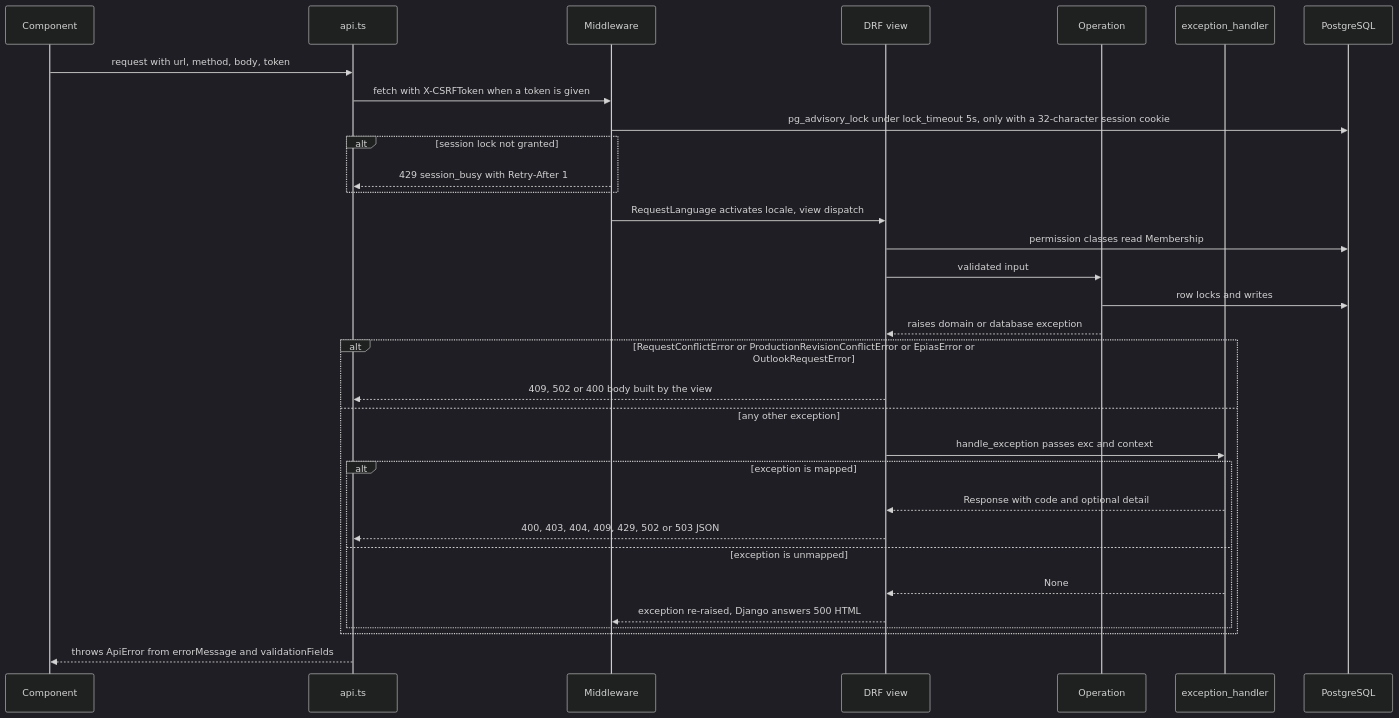
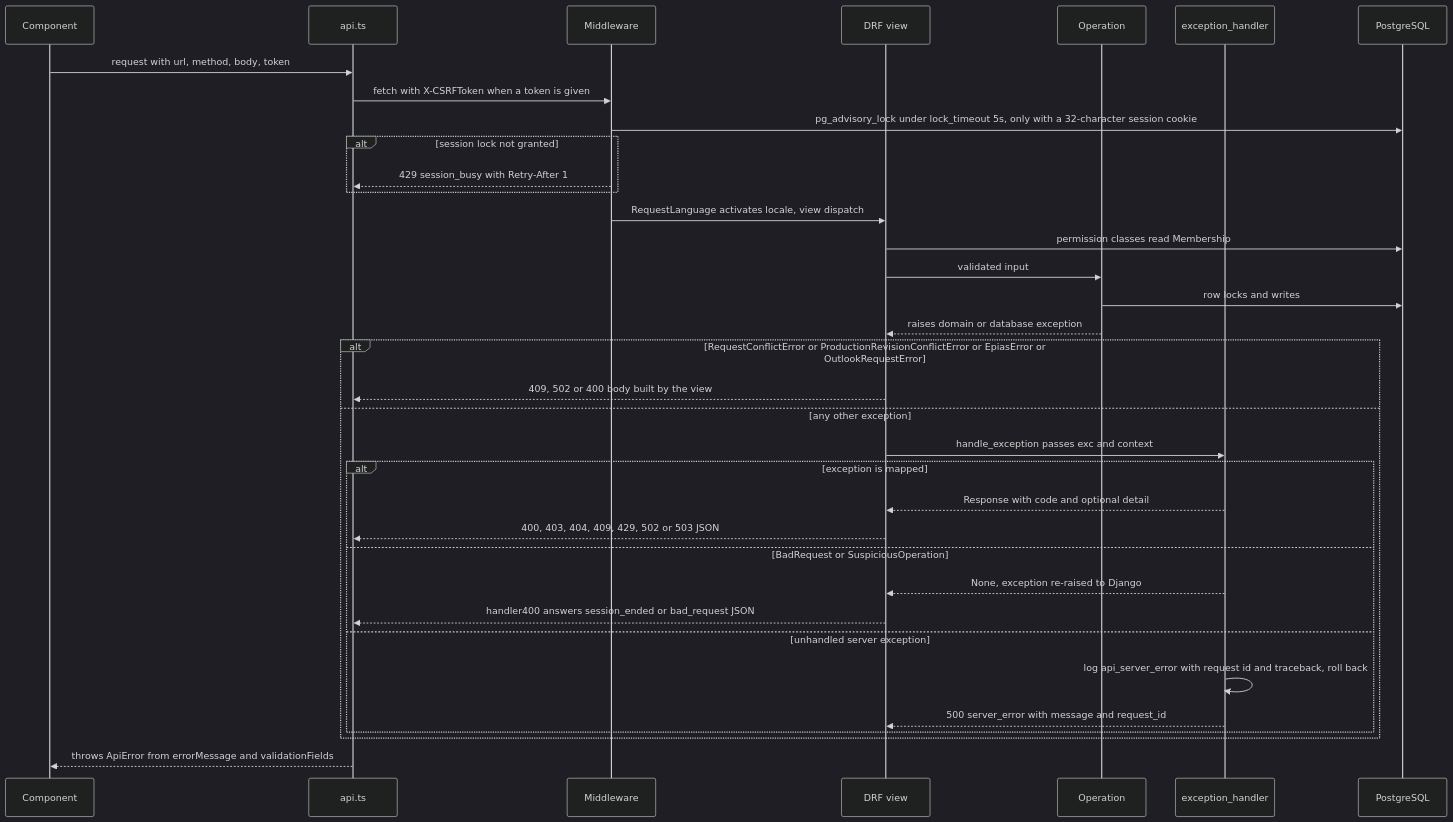
Before and after one commit to erkurtharun/pyracast: the diagram in docs/flows/api-error-contract.md, drawn with Mermaid (dark theme). The commit also changed other lines of this file and 53 other files, not shown here.

````diff
--- a/docs/flows/api-error-contract.md
+++ b/docs/flows/api-error-contract.md
@@ -14,34 +15,37 @@
 ```mermaid
 sequenceDiagram
     participant U as Component
     participant C as api.ts
     participant M as Middleware
     participant V as DRF view
     participant O as Operation
     participant H as exception_handler
     participant D as PostgreSQL
     U->>C: request with url, method, body, token
     C->>M: fetch with X-CSRFToken when a token is given
     M->>D: pg_advisory_lock under lock_timeout 5s, only with a 32-character session cookie
     alt session lock not granted
         M-->>C: 429 session_busy with Retry-After 1
     end
     M->>V: RequestLanguage activates locale, view dispatch
     V->>D: permission classes read Membership
     V->>O: validated input
     O->>D: row locks and writes
     O-->>V: raises domain or database exception
     alt RequestConflictError or ProductionRevisionConflictError or EpiasError or OutlookRequestError
         V-->>C: 409, 502 or 400 body built by the view
     else any other exception
         V->>H: handle_exception passes exc and context
         alt exception is mapped
             H-->>V: Response with code and optional detail
             V-->>C: 400, 403, 404, 409, 429, 502 or 503 JSON
-        else exception is unmapped
-            H-->>V: None
-            V-->>M: exception re-raised, Django answers 500 HTML
+        else BadRequest or SuspiciousOperation
+            H-->>V: None, exception re-raised to Django
+            V-->>C: handler400 answers session_ended or bad_request JSON
+        else unhandled server exception
+            H->>H: log api_server_error with request id and traceback, roll back
+            H-->>V: 500 server_error with message and request_id
         end
     end
     C-->>U: throws ApiError from errorMessage and validationFields
 ```
````
